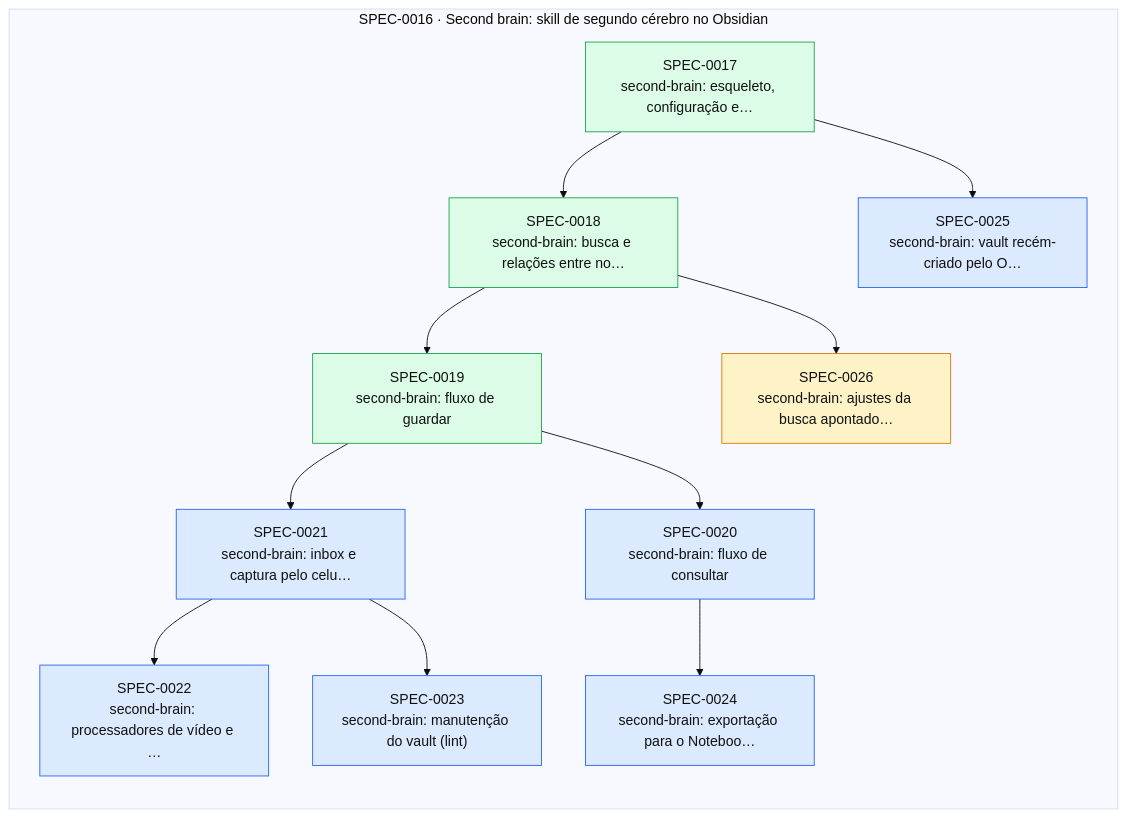
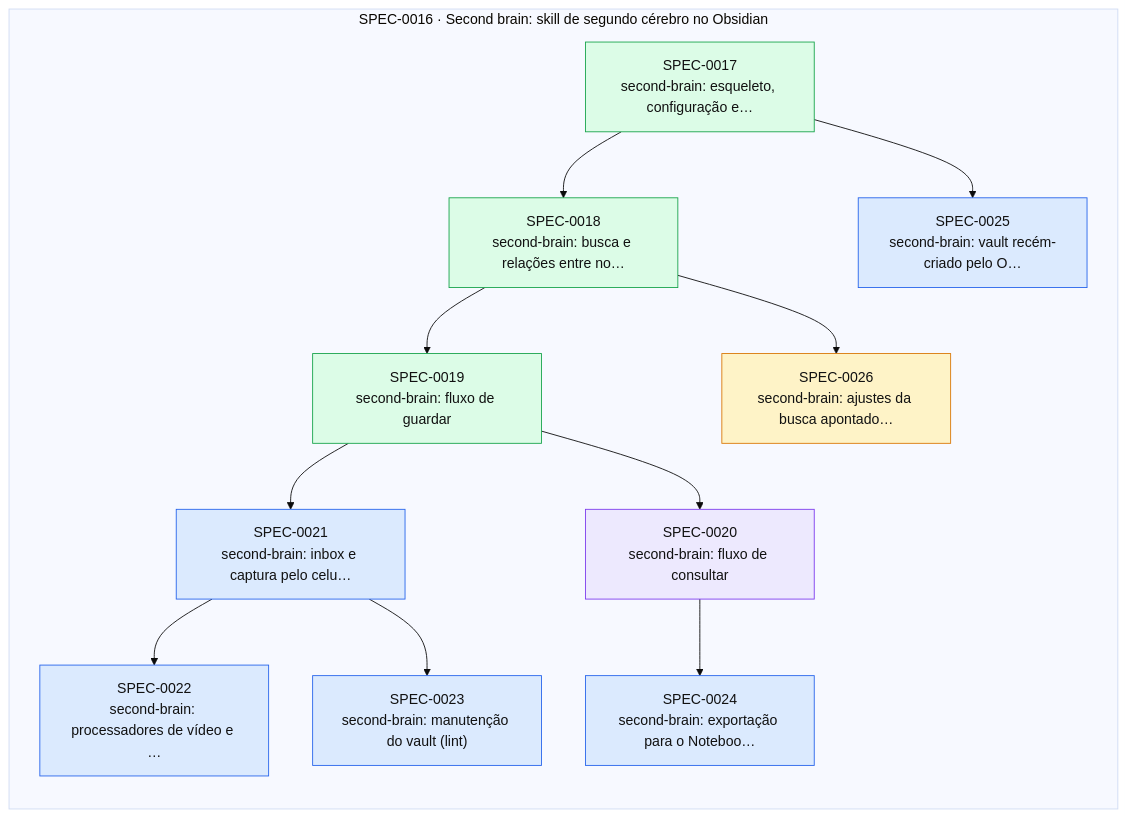
The diagram in docs/specs/INDEX.md (thomasravache/ai-dev-brain), drawn with Mermaid (base theme) before and after one commit. The commit also changed other lines of this file and 1 other file, not shown here.

First line of the commit message:
docs(specs): SPEC-0020 em execução

````diff
--- a/docs/specs/INDEX.md
+++ b/docs/specs/INDEX.md
@@ -51,29 +51,29 @@
 ```mermaid
 flowchart LR
   subgraph E0016["SPEC-0016 · Second brain: skill de segundo cérebro no Obsidian"]
     S0017["SPEC-0017<br/>second-brain: esqueleto, configuração e…"]:::implemented
     S0018["SPEC-0018<br/>second-brain: busca e relações entre no…"]:::implemented
     S0019["SPEC-0019<br/>second-brain: fluxo de guardar"]:::implemented
-    S0020["SPEC-0020<br/>second-brain: fluxo de consultar"]:::approved
+    S0020["SPEC-0020<br/>second-brain: fluxo de consultar"]:::inprogress
     S0021["SPEC-0021<br/>second-brain: inbox e captura pelo celu…"]:::approved
     S0022["SPEC-0022<br/>second-brain: processadores de vídeo e …"]:::approved
     S0023["SPEC-0023<br/>second-brain: manutenção do vault (lint)"]:::approved
     S0024["SPEC-0024<br/>second-brain: exportação para o Noteboo…"]:::approved
     S0025["SPEC-0025<br/>second-brain: vault recém-criado pelo O…"]:::approved
     S0026["SPEC-0026<br/>second-brain: ajustes da busca apontado…"]:::proposed
   end
   S0017 --> S0018
   S0018 --> S0019
   S0019 --> S0020
   S0019 --> S0021
   S0021 --> S0022
   S0021 --> S0023
   S0020 --> S0024
   S0017 --> S0025
   S0018 --> S0026
   classDef proposed fill:#fef3c7,stroke:#d97706,color:#111
   classDef approved fill:#dbeafe,stroke:#2563eb,color:#111
   classDef inprogress fill:#ede9fe,stroke:#7c3aed,color:#111
   classDef implemented fill:#dcfce7,stroke:#16a34a,color:#111
   classDef deprecated fill:#f3f4f6,stroke:#9ca3af,color:#6b7280
 ```
````
